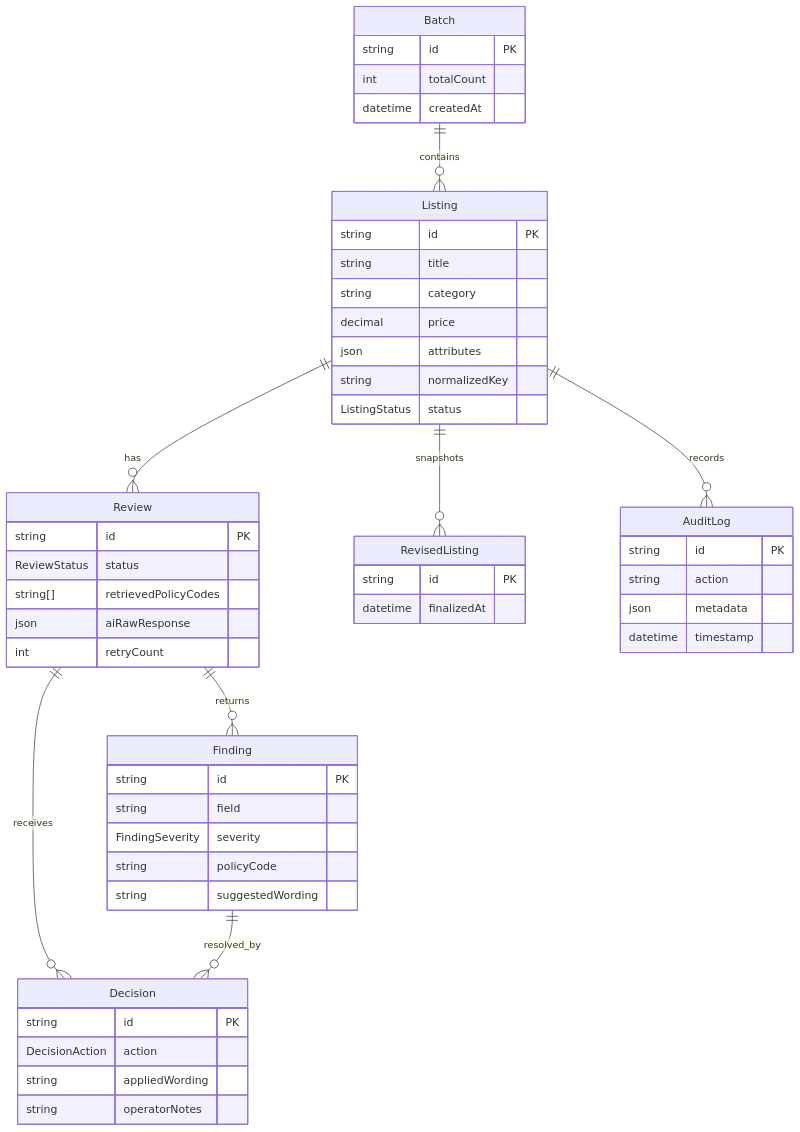
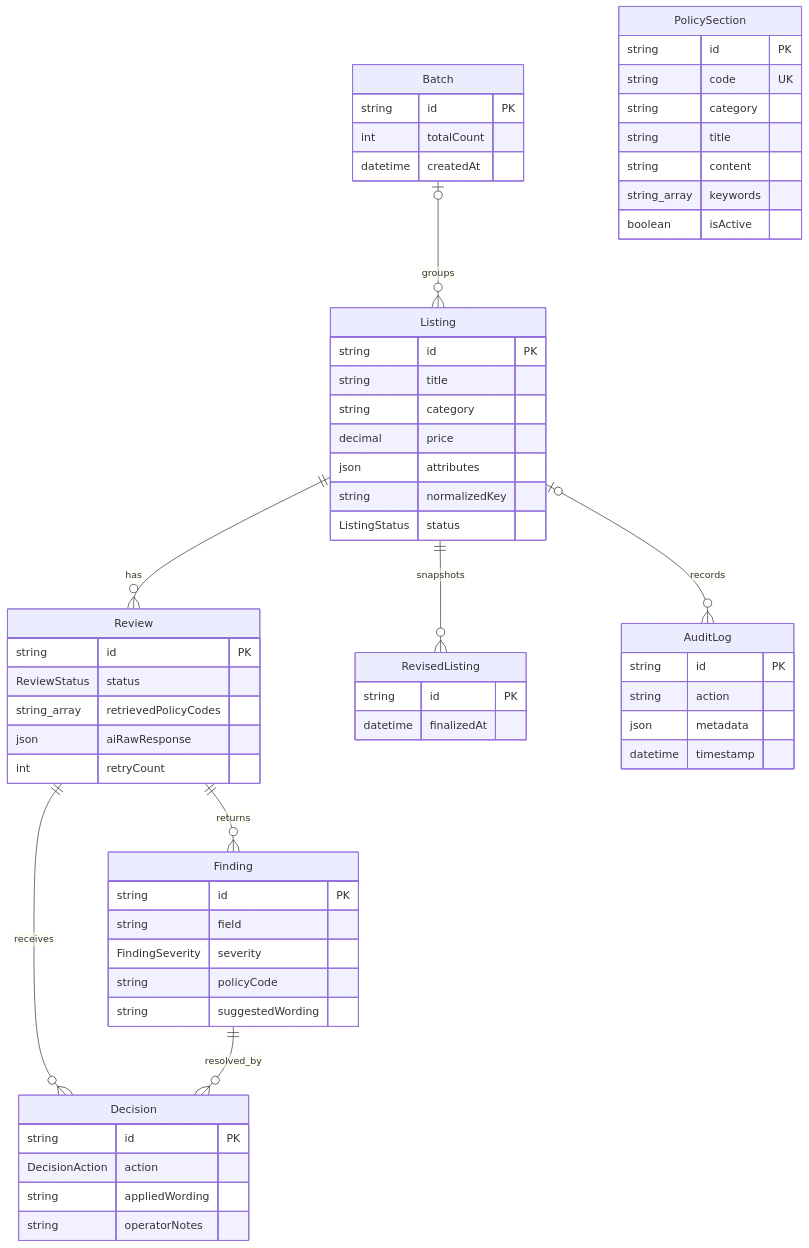
One commit to ashwani-raj1/Aggroso changed the sixth of 6 diagrams in README.md. Above: the diagram before and after it, drawn with Mermaid. The commit also changed other lines of this file and 4 other files, not shown here.

Commit message:
docs: refresh workflows ER model and screenshots

````diff
--- a/README.md
+++ b/README.md
@@ -160,54 +227,63 @@
 ```mermaid
 erDiagram
-    Batch ||--o{ Listing : contains
+    Batch o|--o{ Listing : groups
     Listing ||--o{ Review : has
     Listing ||--o{ RevisedListing : snapshots
-    Listing ||--o{ AuditLog : records
+    Listing o|--o{ AuditLog : records
     Review ||--o{ Finding : returns
     Review ||--o{ Decision : receives
     Finding ||--o{ Decision : resolved_by
     Batch {
       string id PK
       int totalCount
       datetime createdAt
     }
     Listing {
       string id PK
       string title
       string category
       decimal price
       json attributes
       string normalizedKey
       ListingStatus status
     }
     Review {
       string id PK
       ReviewStatus status
-      string[] retrievedPolicyCodes
+      string_array retrievedPolicyCodes
       json aiRawResponse
       int retryCount
     }
     Finding {
       string id PK
       string field
       FindingSeverity severity
       string policyCode
       string suggestedWording
     }
     Decision {
       string id PK
       DecisionAction action
       string appliedWording
       string operatorNotes
     }
     RevisedListing {
       string id PK
       datetime finalizedAt
     }
     AuditLog {
       string id PK
       string action
       json metadata
       datetime timestamp
     }
+    PolicySection {
+      string id PK
+      string code UK
+      string category
+      string title
+      string content
+      string_array keywords
+      boolean isActive
+    }
 ```
````
